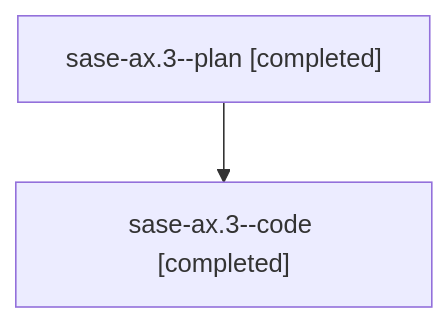
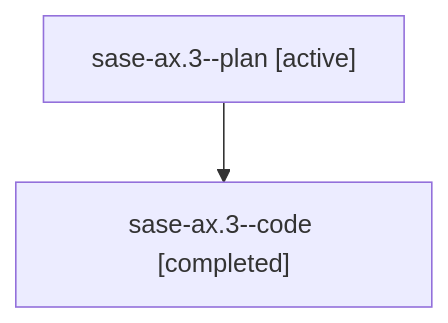
Before and after one commit to sase-org/sase--agents: the diagram in families/bbugyi200.athena.sase-ax.3.md, drawn with Mermaid. The commit also changed other lines of this file and 5813 other files, not shown here.

````diff
--- a/families/bbugyi200.athena.sase-ax.3.md
+++ b/families/bbugyi200.athena.sase-ax.3.md
@@ -9,6 +9,6 @@
 ```mermaid
 flowchart TD
-  n0["sase-ax.3--plan [completed]"]
+  n0["sase-ax.3--plan [active]"]
   n1["sase-ax.3--code [completed]"]
   n0 --> n1
 ```
````
